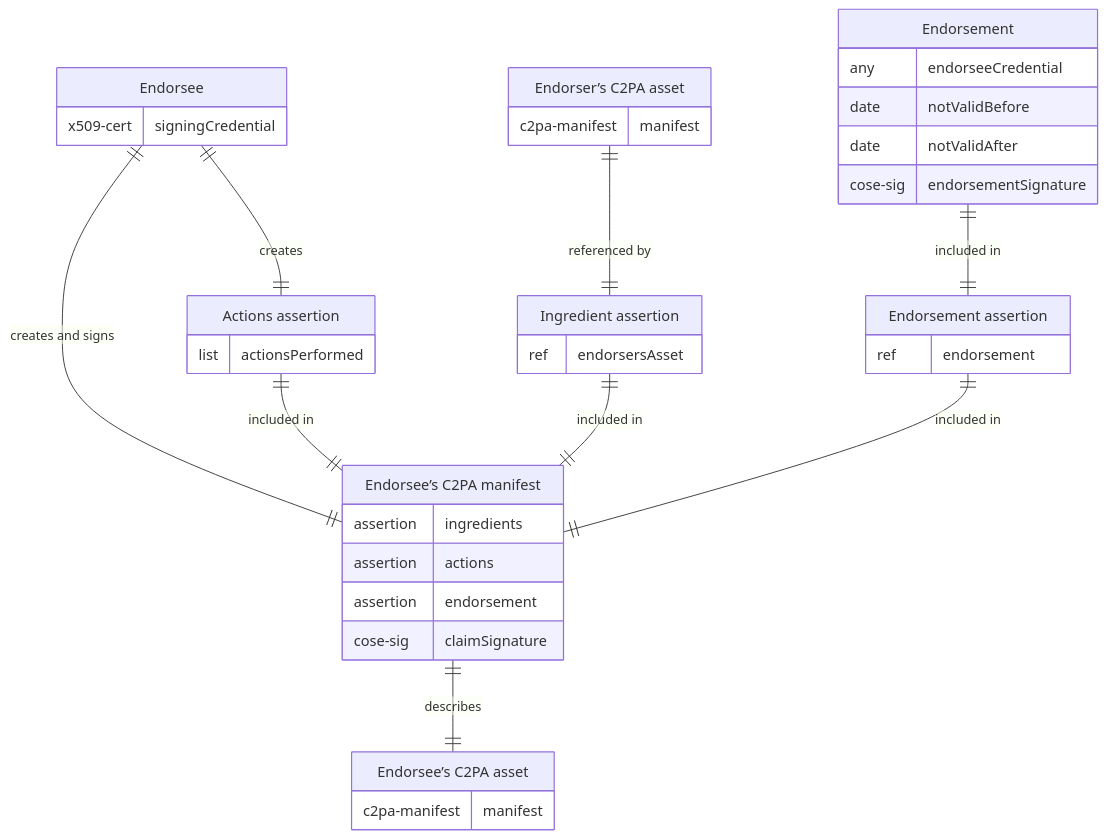
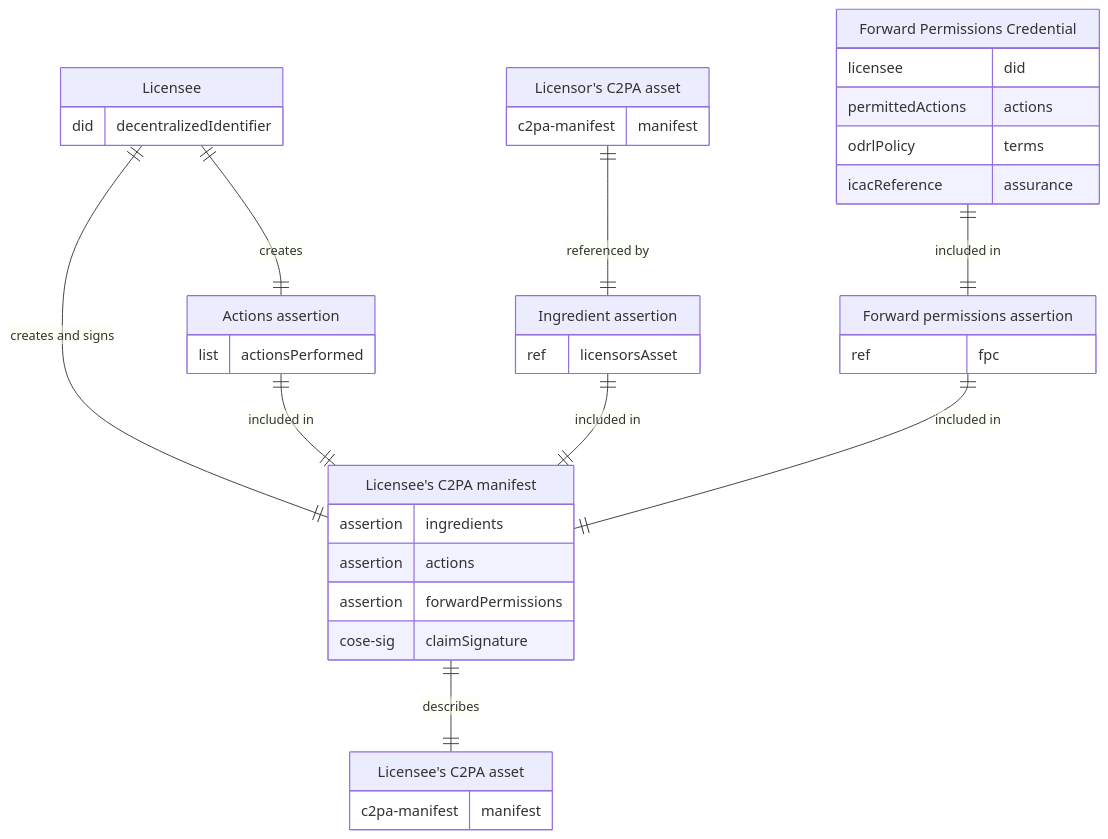
One commit to lnispel/cawg-endorsement-assertion changed the second of 2 diagrams in docs/modules/ROOT/pages/index.adoc. Above: the diagram before and after it, drawn with Mermaid. The commit also changed other lines of this file and 10 other files, not shown here.

Commit message:
Transition to Forward Permissions Credential (FPC) system

```diff
--- a/docs/modules/ROOT/pages/index.adoc
+++ b/docs/modules/ROOT/pages/index.adoc
@@ -135,44 +152,44 @@
 [mermaid,width=100%]
 ....
 erDiagram
-    oa["Endorser’s C2PA asset"] {
+    ca["Licensor's C2PA asset"] {
         c2pa-manifest manifest
     }
     aa["Actions assertion"] {
         list actionsPerformed
     }
     ia["Ingredient assertion"] {
-        ref endorsersAsset
+        ref licensorsAsset
     }
-    e["Endorsement"] {
-        any endorseeCredential
-        date notValidBefore
-        date notValidAfter
-        cose-sig endorsementSignature
+    fpc["Forward Permissions Credential"] {
+        licensee did
+        permittedActions actions
+        odrlPolicy terms
+        icacReference assurance
     }
-    ea["Endorsement assertion"] {
-        ref endorsement
+    fpa["Forward permissions assertion"] {
+        ref fpc
     }
-    ee["Endorsee"] {
-        x509-cert signingCredential
+    lee["Licensee"] {
+        did decentralizedIdentifier
     }
-    eas["Endorsee’s C2PA asset"] {
+    leas["Licensee's C2PA asset"] {
         c2pa-manifest manifest
     }
-    eem["Endorsee’s C2PA manifest"] {
+    leem["Licensee's C2PA manifest"] {
         assertion ingredients
         assertion actions
-        assertion endorsement
+        assertion forwardPermissions
         cose-sig claimSignature
     }
 
-    oa ||--|| ia: "referenced by"
-    ee ||--|| eem: "creates and signs"
-    ee ||--|| aa: "creates"
-    e ||--|| ea: "included in"
-    aa ||--|| eem: "included in"
-    ia ||--|| eem: "included in"
-    ea ||--|| eem: "included in"
-    eem ||--|| eas: "describes"
+    ca ||--|| ia: "referenced by"
+    lee ||--|| leem: "creates and signs"
+    lee ||--|| aa: "creates"
+    fpc ||--|| fpa: "included in"
+    aa ||--|| leem: "included in"
+    ia ||--|| leem: "included in"
+    fpa ||--|| leem: "included in"
+    leem ||--|| leas: "describes"
 
 ....
```
